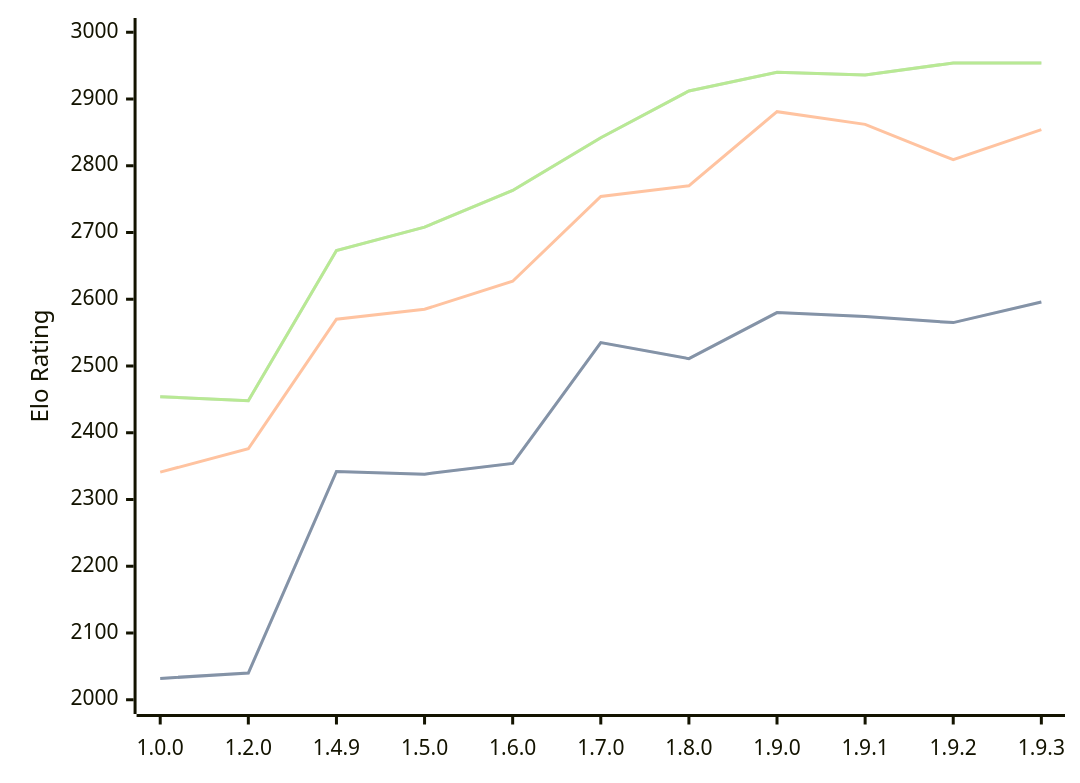
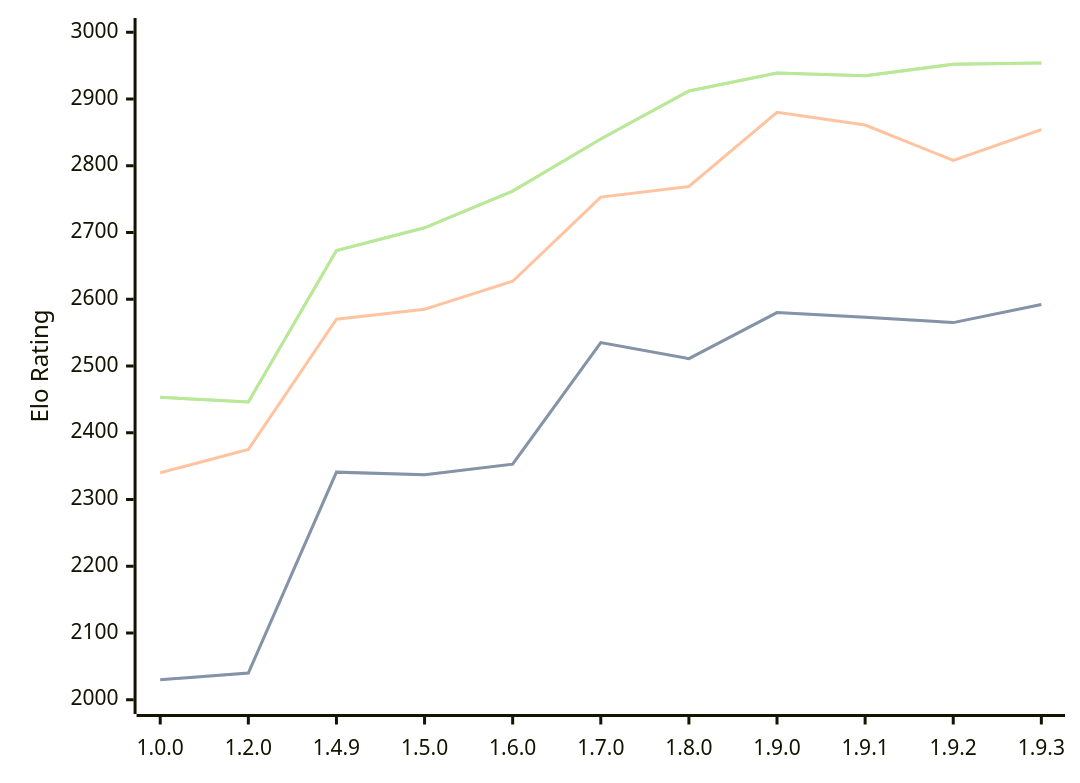
One commit to computer-chess-index/cci changed the diagram in engines/Basilisk.md. Above: the diagram before and after it, drawn with Mermaid. The commit also changed other lines of this file, not shown here.

Commit message:
Update CCI Ratings (ELO VLTC) - 2026-08-11

````diff
--- a/engines/Basilisk.md
+++ b/engines/Basilisk.md
@@ -54,11 +54,11 @@
 ```mermaid
 %%{init: {"theme":"base","themeVariables":{"seriesColors:['#a3a3a3','#222221','#faa371']}}}%%
 xychart-beta
   x-axis ["1.0.0", "1.2.0", "1.4.9", "1.5.0", "1.6.0", "1.7.0", "1.8.0", "1.9.0", "1.9.1", "1.9.2", "1.9.3"]
   y-axis "Elo Rating" 2000 --> 3000
-  line "STC (8.0+0.08s)" [2032, 2040, 2342, 2338, 2354, 2535, 2511, 2580, 2574, 2565, 2596]
-  line "STC (8.0+0.08s)" [2032, 2040, 2342, 2338, 2354, 2535, 2511, 2580, 2574, 2565, 2596]
-  line "LTC (60.0+0.60s)" [2341, 2376, 2570, 2585, 2627, 2754, 2770, 2881, 2862, 2809, 2854]
-  line "VLTC (2m24s+1.12s)" [2454, 2448, 2673, 2708, 2763, 2842, 2912, 2940, 2936, 2954, 2954]
-  line "VLTC (2m24s+1.12s)" [2454, 2448, 2673, 2708, 2763, 2842, 2912, 2940, 2936, 2954, 2954]
+  line "STC (8.0+0.08s)" [2030, 2040, 2341, 2337, 2353, 2535, 2511, 2580, 2573, 2565, 2592]
+  line "STC (8.0+0.08s)" [2030, 2040, 2341, 2337, 2353, 2535, 2511, 2580, 2573, 2565, 2592]
+  line "LTC (60.0+0.60s)" [2340, 2375, 2570, 2585, 2627, 2753, 2769, 2880, 2861, 2808, 2854]
+  line "VLTC (2m24s+1.12s)" [2453, 2446, 2673, 2707, 2762, 2840, 2912, 2939, 2935, 2952, 2954]
+  line "VLTC (2m24s+1.12s)" [2453, 2446, 2673, 2707, 2762, 2840, 2912, 2939, 2935, 2952, 2954]
 ```
````
